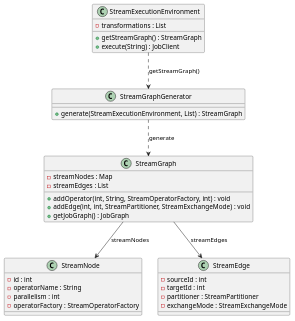
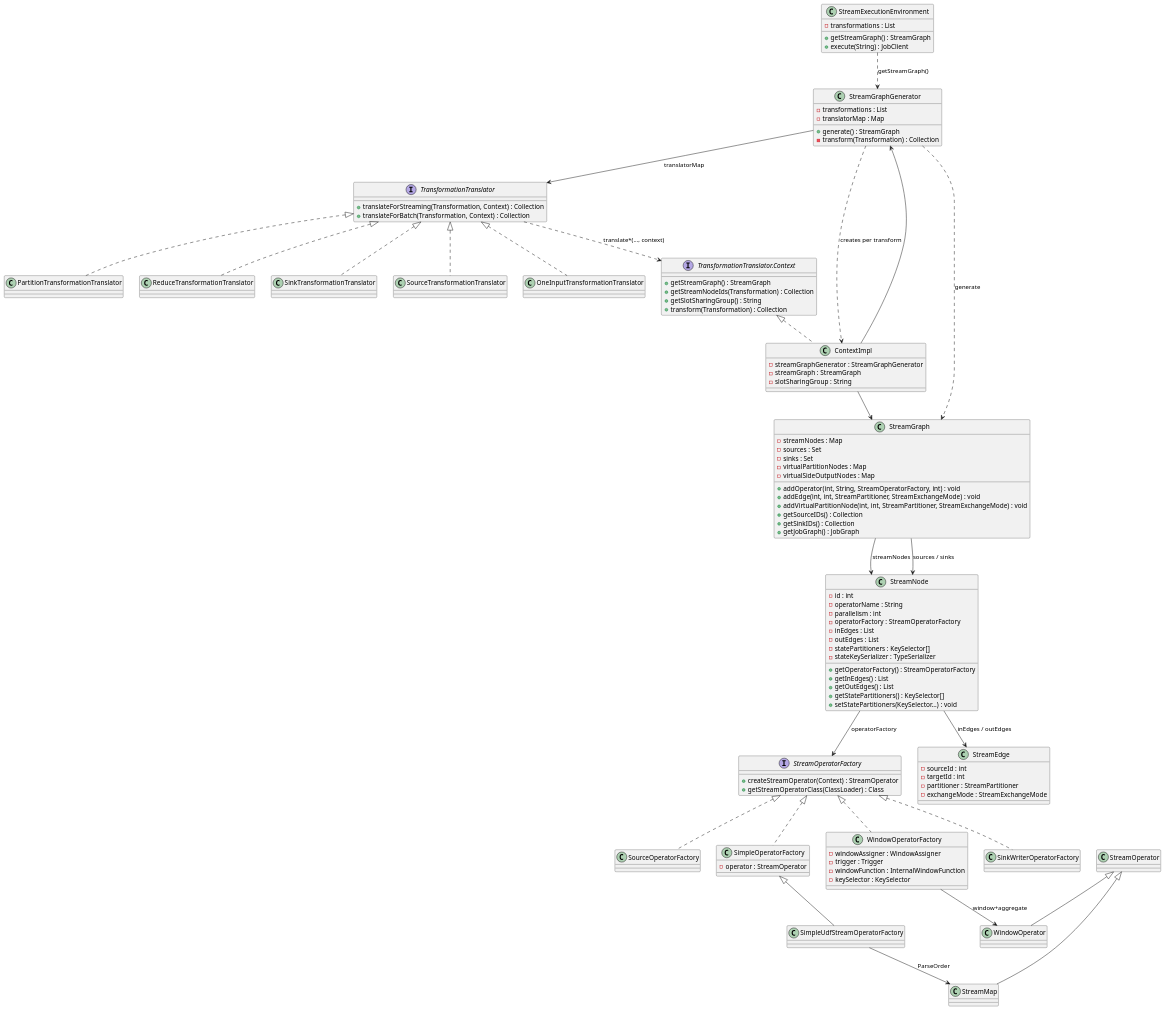
One commit to kevinwang930/kevinwang930.github.io changed the second of 6 diagrams in content/post/data/stream/flink/index.md. Above: the diagram before and after it, drawn with PlantUML. The commit also changed other lines of this file, not shown here.

````diff
--- a/content/post/data/stream/flink/index.md
+++ b/content/post/data/stream/flink/index.md
@@ -222,14 +237,47 @@
 }
 
 class StreamGraphGenerator {
-  + generate(StreamExecutionEnvironment, List) : StreamGraph
+  - transformations : List
+  - translatorMap : Map
+  + generate() : StreamGraph
+  - transform(Transformation) : Collection
 }
+
+interface TransformationTranslator {
+  + translateForStreaming(Transformation, Context) : Collection
+  + translateForBatch(Transformation, Context) : Collection
+}
+
+interface "TransformationTranslator.Context" as Context {
+  + getStreamGraph() : StreamGraph
+  + getStreamNodeIds(Transformation) : Collection
+  + getSlotSharingGroup() : String
+  + transform(Transformation) : Collection
+}
+
+class ContextImpl {
+  - streamGraphGenerator : StreamGraphGenerator
+  - streamGraph : StreamGraph
+  - slotSharingGroup : String
+}
+
+class SourceTransformationTranslator
+class OneInputTransformationTranslator
+class PartitionTransformationTranslator
+class ReduceTransformationTranslator
+class SinkTransformationTranslator
 
 class StreamGraph {
   - streamNodes : Map
-  - streamEdges : List
+  - sources : Set
+  - sinks : Set
+  - virtualPartitionNodes : Map
+  - virtualSideOutputNodes : Map
   + addOperator(int, String, StreamOperatorFactory, int) : void
   + addEdge(int, int, StreamPartitioner, StreamExchangeMode) : void
+  + addVirtualPartitionNode(int, int, StreamPartitioner, StreamExchangeMode) : void
+  + getSourceIDs() : Collection
+  + getSinkIDs() : Collection
   + getJobGraph() : JobGraph
 }
 
@@ -238,7 +286,38 @@
   - operatorName : String
   - parallelism : int
   - operatorFactory : StreamOperatorFactory
+  - inEdges : List
+  - outEdges : List
+  - statePartitioners : KeySelector[]
+  - stateKeySerializer : TypeSerializer
+  + getOperatorFactory() : StreamOperatorFactory
+  + getInEdges() : List
+  + getOutEdges() : List
+  + getStatePartitioners() : KeySelector[]
+  + setStatePartitioners(KeySelector...) : void
 }
+
+interface StreamOperatorFactory {
+  + createStreamOperator(Context) : StreamOperator
+  + getStreamOperatorClass(ClassLoader) : Class
+}
+
+class SourceOperatorFactory
+class SimpleOperatorFactory {
+  - operator : StreamOperator
+}
+class SimpleUdfStreamOperatorFactory
+class WindowOperatorFactory {
+  - windowAssigner : WindowAssigner
+  - trigger : Trigger
+  - windowFunction : InternalWindowFunction
+  - keySelector : KeySelector
+}
+class SinkWriterOperatorFactory
+
+class StreamOperator
+class StreamMap
+class WindowOperator
 
 class StreamEdge {
   - sourceId : int
@@ -248,8 +327,30 @@
 }
 
 StreamExecutionEnvironment ..> StreamGraphGenerator : getStreamGraph()
+StreamGraphGenerator --> TransformationTranslator : translatorMap
 StreamGraphGenerator ..> StreamGraph : generate
+StreamGraphGenerator ..> ContextImpl : creates per transform
+Context <|.. ContextImpl
+ContextImpl --> StreamGraphGenerator
+ContextImpl --> StreamGraph
+TransformationTranslator ..> Context : translate*(..., context)
+TransformationTranslator <|.. SourceTransformationTranslator
+TransformationTranslator <|.. OneInputTransformationTranslator
+TransformationTranslator <|.. PartitionTransformationTranslator
+TransformationTranslator <|.. ReduceTransformationTranslator
+TransformationTranslator <|.. SinkTransformationTranslator
 StreamGraph --> StreamNode : streamNodes
-StreamGraph --> StreamEdge : streamEdges
+StreamGraph --> StreamNode : sources / sinks
+StreamNode --> StreamOperatorFactory : operatorFactory
+StreamOperatorFactory <|.. SourceOperatorFactory
+StreamOperatorFactory <|.. SimpleOperatorFactory
+StreamOperatorFactory <|.. WindowOperatorFactory
+StreamOperatorFactory <|.. SinkWriterOperatorFactory
+SimpleOperatorFactory <|-- SimpleUdfStreamOperatorFactory
+SimpleUdfStreamOperatorFactory --> StreamMap : ParseOrder
+WindowOperatorFactory --> WindowOperator : window+aggregate
+StreamOperator <|-- StreamMap
+StreamOperator <|-- WindowOperator
+StreamNode --> StreamEdge : inEdges / outEdges
 @enduml
 ```
````
